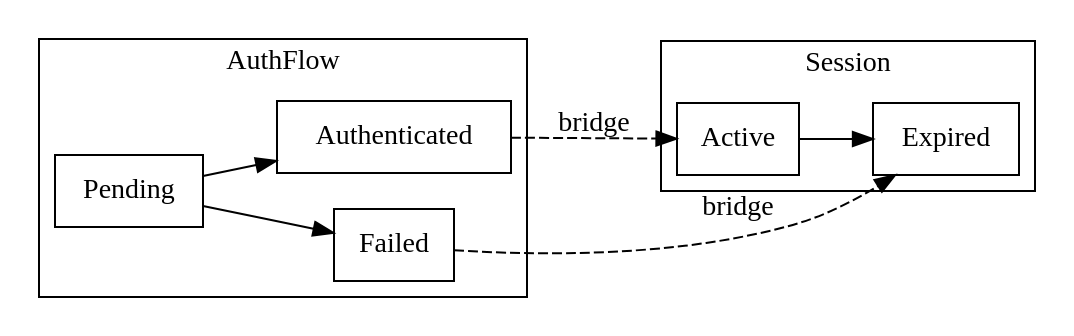
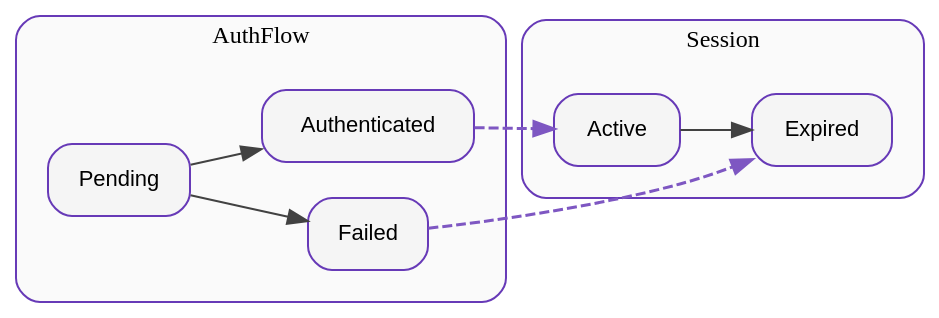
Before and after one commit to elijahr/nim-typestates: the fourth of 4 diagrams in docs/guide/visualization.md, drawn with Graphviz. The commit also changed other lines of this file and 17 other files, not shown here.

````diff
--- a/docs/guide/visualization.md
+++ b/docs/guide/visualization.md
@@ -267,30 +304,46 @@
 ```dot
 digraph {
   rankdir=LR;
-  node [shape=box];
+  bgcolor="transparent";
+  pad=0.5;
+
+  node [shape=box, style="rounded,filled", fillcolor="#f5f5f5", color="#673ab7", fontname="Helvetica", fontsize=11, margin="0.2,0.1"];
+  edge [fontname="Helvetica", fontsize=9, color="#424242"];
 
   subgraph cluster_Session {
     label="Session";
+    fontname="Helvetica Bold";
+    fontsize=12;
+    style="rounded";
+    color="#673ab7";
+    bgcolor="#fafafa";
+    margin=16;
 
     Active;
     Expired;
 
     Active -> Expired;
   }
 
   subgraph cluster_AuthFlow {
     label="AuthFlow";
+    fontname="Helvetica Bold";
+    fontsize=12;
+    style="rounded";
+    color="#673ab7";
+    bgcolor="#fafafa";
+    margin=16;
 
     Pending;
     Authenticated;
     Failed;
 
     Pending -> Authenticated;
     Pending -> Failed;
   }
 
-  // Bridges (cross-typestate edges)
-  Authenticated -> Active [style=dashed, label="bridge"];
-  Failed -> Expired [style=dashed, label="bridge"];
+  // Bridges (cross-typestate)
+  Authenticated -> Active [style=dashed, color="#7e57c2", penwidth=1.5];
+  Failed -> Expired [style=dashed, color="#7e57c2", penwidth=1.5];
 }
 ```
````
